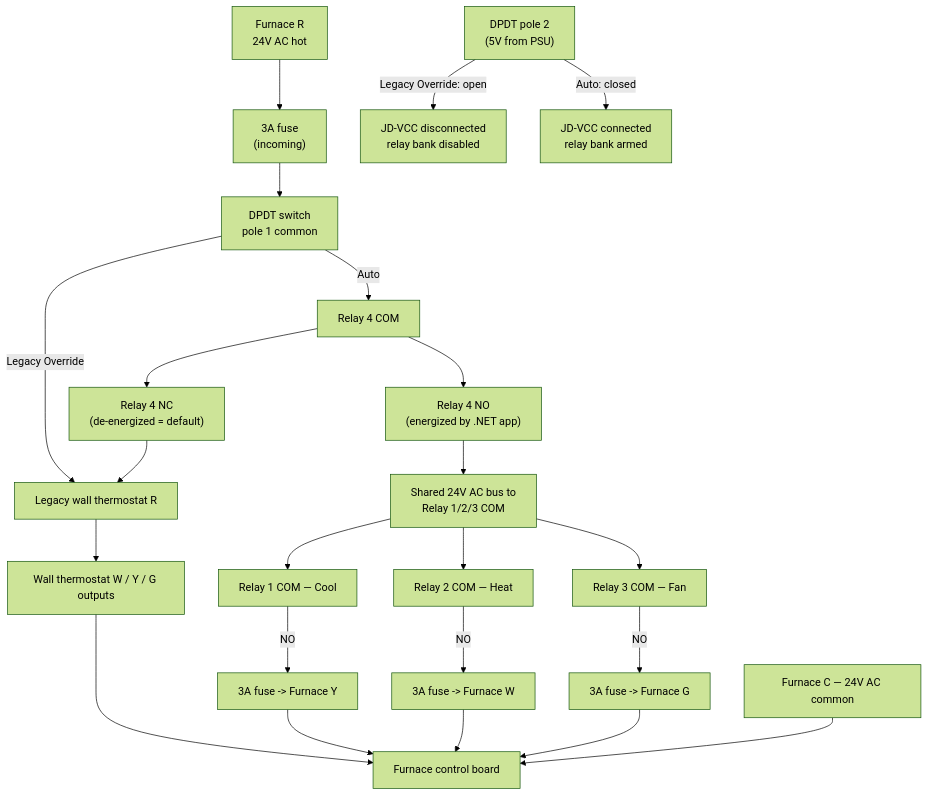
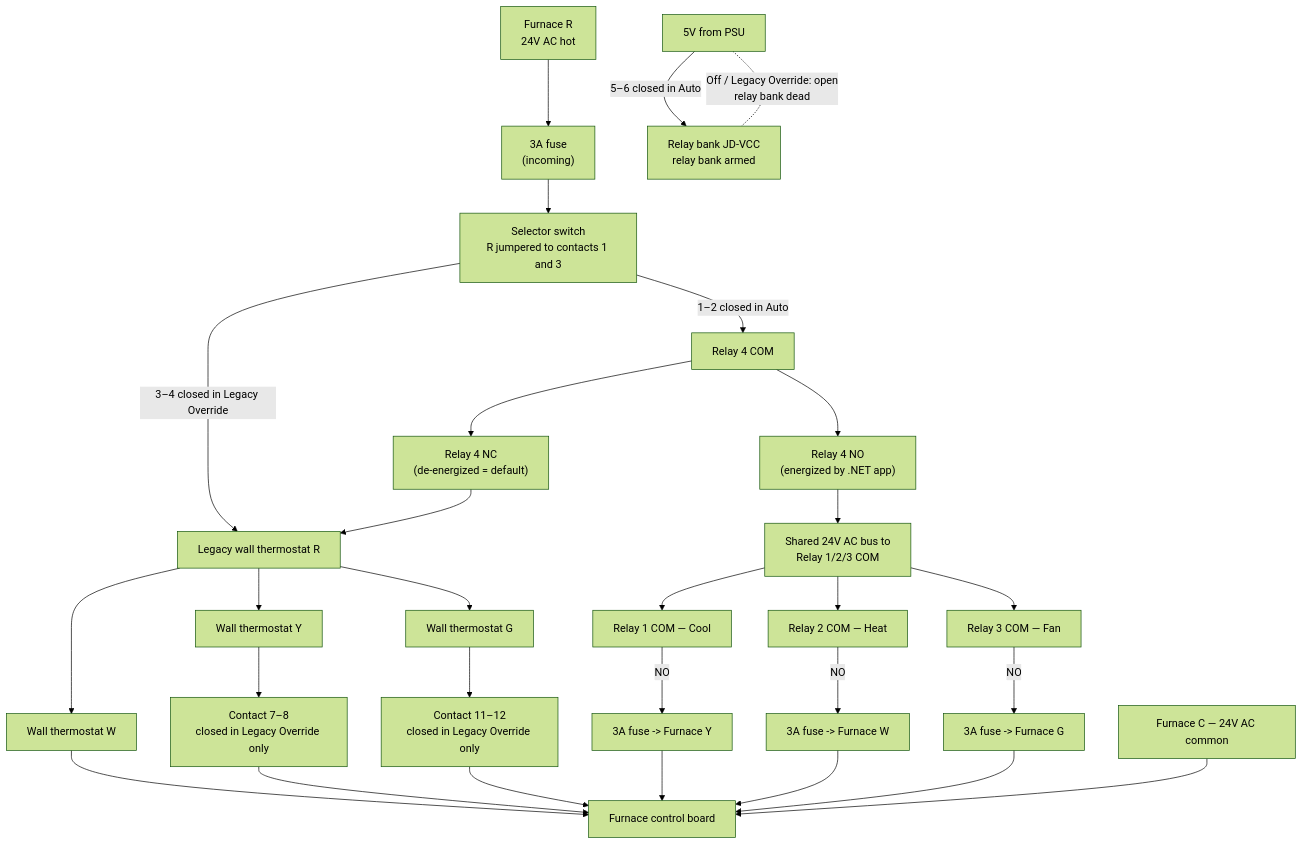
The third of 6 diagrams in docs/Kelvin Project Diagram.md (michaelfdeberry/Kelvin), drawn with Mermaid (forest theme) before and after one commit. The commit also changed other lines of this file, not shown here.

````diff
--- a/docs/Kelvin Project Diagram.md
+++ b/docs/Kelvin Project Diagram.md
@@ -92,32 +105,38 @@
 ```mermaid
 flowchart TD
     FR["Furnace R<br/>24V AC hot"] --> F1["3A fuse<br/>(incoming)"]
-    F1 --> DP["DPDT switch<br/>pole 1 common"]
+    F1 --> RIN["Selector switch<br/>R jumpered to contacts 1 and 3"]
 
-    DP -- "Legacy Override" --> WTR
-    DP -- "Auto" --> R4C["Relay 4 COM"]
+    RIN -- "1–2 closed in Auto" --> R4C["Relay 4 COM"]
+    RIN -- "3–4 closed in Legacy Override" --> WTR
 
-    DP2["DPDT pole 2<br/>(5V from PSU)"] -- "Legacy Override: open" --> X["JD-VCC disconnected<br/>relay bank disabled"]
-    DP2 -- "Auto: closed" --> JD["JD-VCC connected<br/>relay bank armed"]
+    PSU5["5V from PSU"] -- "5–6 closed in Auto" --> JD["Relay bank JD-VCC<br/>relay bank armed"]
+    PSU5 -. "Off / Legacy Override: open<br/>relay bank dead" .- JD
 
     R4C --> R4NC["Relay 4 NC<br/>(de-energized = default)"]
     R4C --> R4NO["Relay 4 NO<br/>(energized by .NET app)"]
 
     R4NC --> WTR["Legacy wall thermostat R"]
     R4NO --> BUS["Shared 24V AC bus to<br/>Relay 1/2/3 COM"]
 
     BUS --> R1["Relay 1 COM — Cool"]
     BUS --> R2["Relay 2 COM — Heat"]
     BUS --> R3["Relay 3 COM — Fan"]
 
     R1 -- "NO" --> FY["3A fuse -> Furnace Y"]
     R2 -- "NO" --> FW["3A fuse -> Furnace W"]
     R3 -- "NO" --> FG["3A fuse -> Furnace G"]
 
-    WTR --> WTOUT["Wall thermostat W / Y / G outputs"]
-    WTOUT --> FURN["Furnace control board"]
+    WTR --> WTW["Wall thermostat W"]
+    WTR --> WTY["Wall thermostat Y"]
+    WTR --> WTG["Wall thermostat G"]
+    WTW --> FURN["Furnace control board"]
+    WTY --> SY["Contact 7–8<br/>closed in Legacy Override only"]
+    WTG --> SG["Contact 11–12<br/>closed in Legacy Override only"]
+    SY --> FURN
+    SG --> FURN
     FY --> FURN
     FW --> FURN
     FG --> FURN
     FC["Furnace C — 24V AC common"] --> FURN
 ```
````
